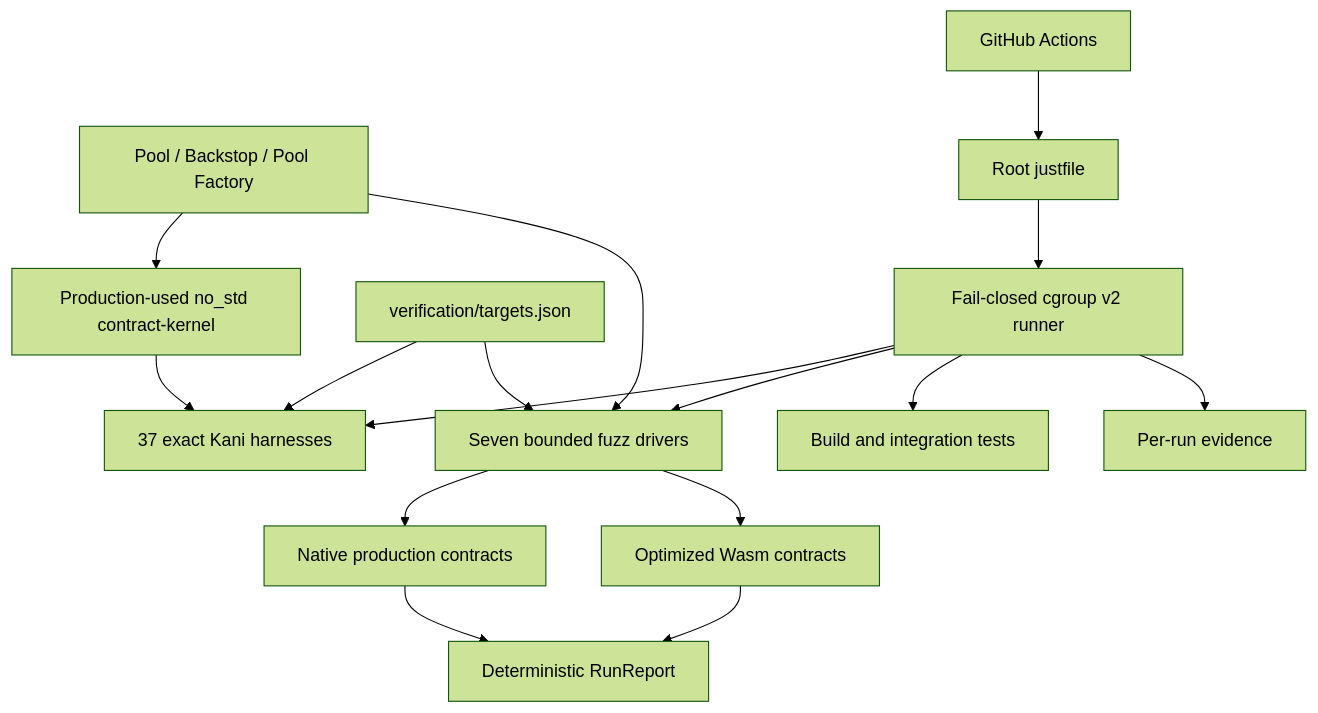
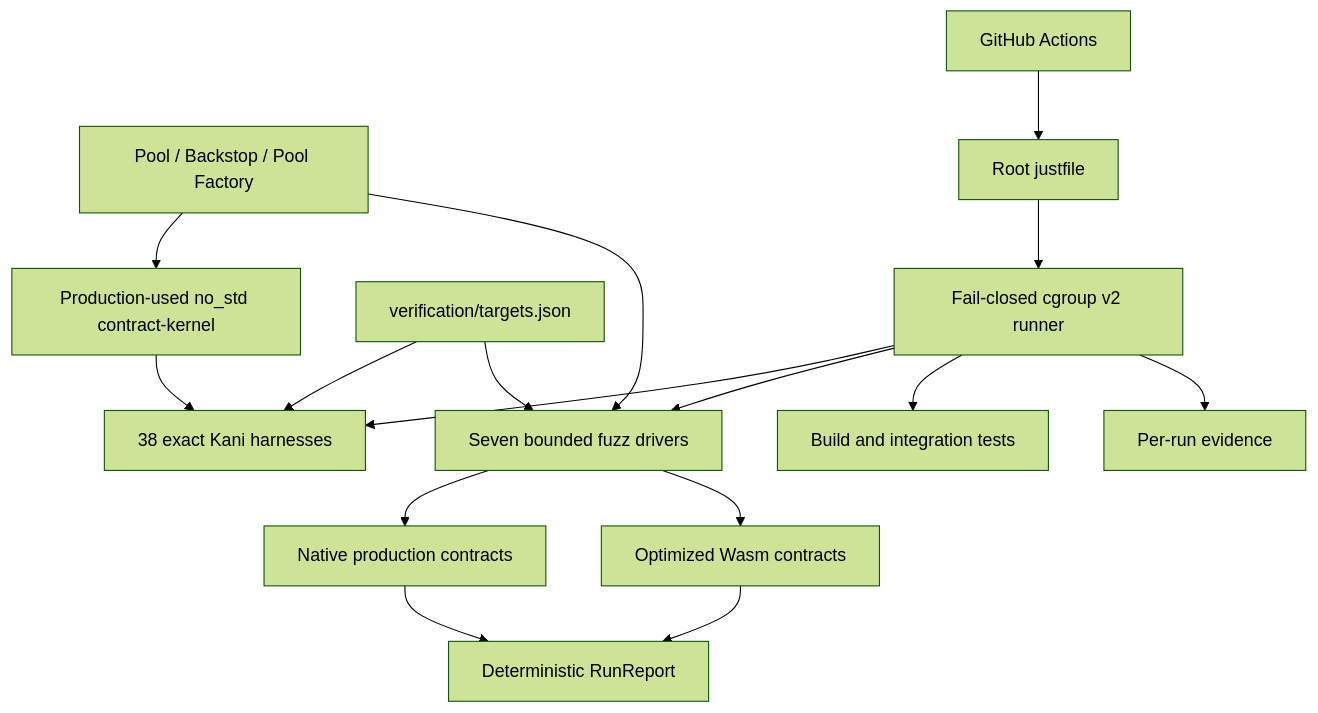
Before and after one commit to Templar-Protocol/blend-contracts-v2: the diagram in docs/verification-and-audit-readiness.md, drawn with Mermaid (forest theme). The commit also changed other lines of this file and 2 other files, not shown here.

````diff
--- a/docs/verification-and-audit-readiness.md
+++ b/docs/verification-and-audit-readiness.md
@@ -63,18 +63,18 @@
 ```mermaid
 flowchart TD
     A[Pool / Backstop / Pool Factory] --> B[Production-used no_std contract-kernel]
-    B --> C[37 exact Kani harnesses]
+    B --> C[38 exact Kani harnesses]
     A --> D[Seven bounded fuzz drivers]
     D --> E[Native production contracts]
     D --> F[Optimized Wasm contracts]
     E --> G[Deterministic RunReport]
     F --> G
     H[verification/targets.json] --> C
     H --> D
     I[Root justfile] --> J[Fail-closed cgroup v2 runner]
     J --> C
     J --> D
     J --> K[Build and integration tests]
     J --> L[Per-run evidence]
     M[GitHub Actions] --> I
 ```
````
